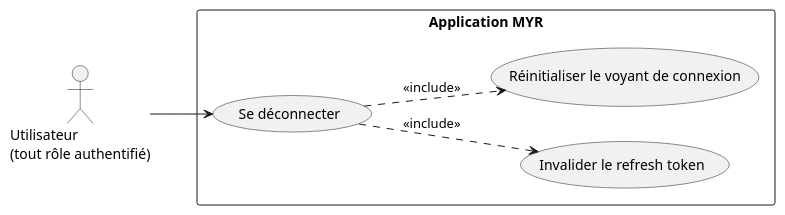
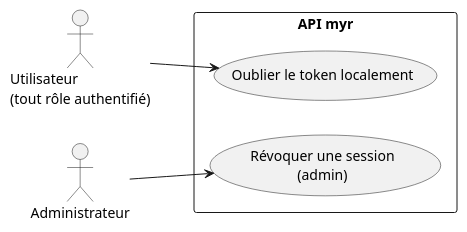
The first of 2 diagrams in specs/2-Analyse/UCA-Compte_et_Acces/UCA03.md (olivaux/myr), drawn with PlantUML before and after one commit. The commit also changed other lines of this file and 72 other files, not shown here.

````diff
--- a/specs/2-Analyse/UCA-Compte_et_Acces/UCA03.md
+++ b/specs/2-Analyse/UCA-Compte_et_Acces/UCA03.md
@@ -14,18 +14,17 @@
 ```plantuml
 @startuml
 left to right direction
 
 actor "Utilisateur\n(tout rôle authentifié)" as U
+actor "Administrateur" as ADM
 
-rectangle "Application MYR" {
-    usecase "Se déconnecter" as UC1
-    usecase "Invalider le refresh token" as UC2
-    usecase "Réinitialiser le voyant de connexion" as UC3
+rectangle "API myr" {
+    usecase "Oublier le token localement" as UC1
+    usecase "Révoquer une session\n(admin)" as UC2
 }
 
 U --> UC1
-UC1 ..> UC2 : <<include>>
-UC1 ..> UC3 : <<include>>
+ADM --> UC2
 
 @enduml
 ```
````
